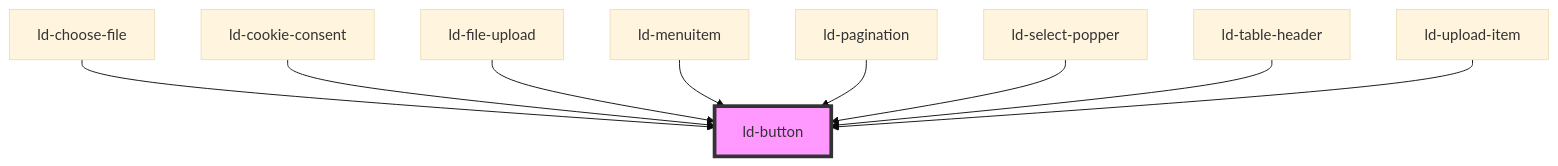
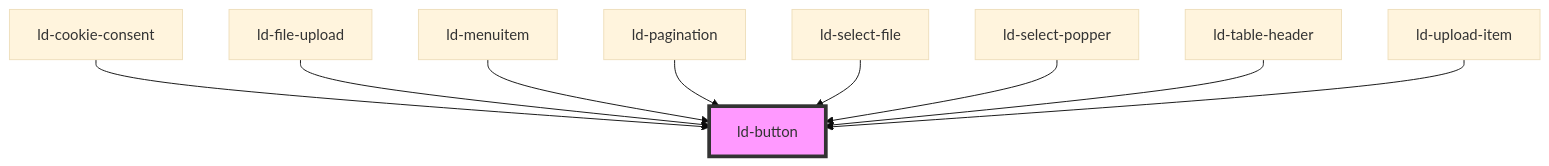
The diagram in src/liquid/components/ld-button/readme.md (emdgroup-liquid/liquid), drawn with Mermaid (base theme) before and after one commit. The commit also changed other lines of this file and 18 other files, not shown here.

Commit message:
refactor(ld-file-upload): rename choose to select

````diff
--- a/src/liquid/components/ld-button/readme.md
+++ b/src/liquid/components/ld-button/readme.md
@@ -696,12 +696,12 @@
 ```mermaid
 graph TD;
-  ld-choose-file --> ld-button
   ld-cookie-consent --> ld-button
   ld-file-upload --> ld-button
   ld-menuitem --> ld-button
   ld-pagination --> ld-button
+  ld-select-file --> ld-button
   ld-select-popper --> ld-button
   ld-table-header --> ld-button
   ld-upload-item --> ld-button
   style ld-button fill:#f9f,stroke:#333,stroke-width:4px
 ```
````
